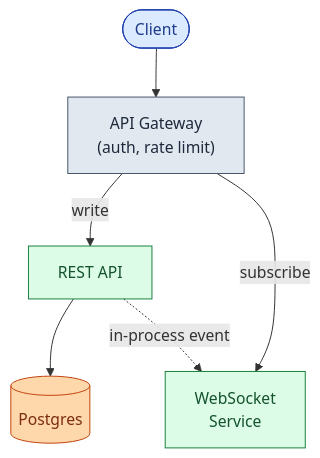
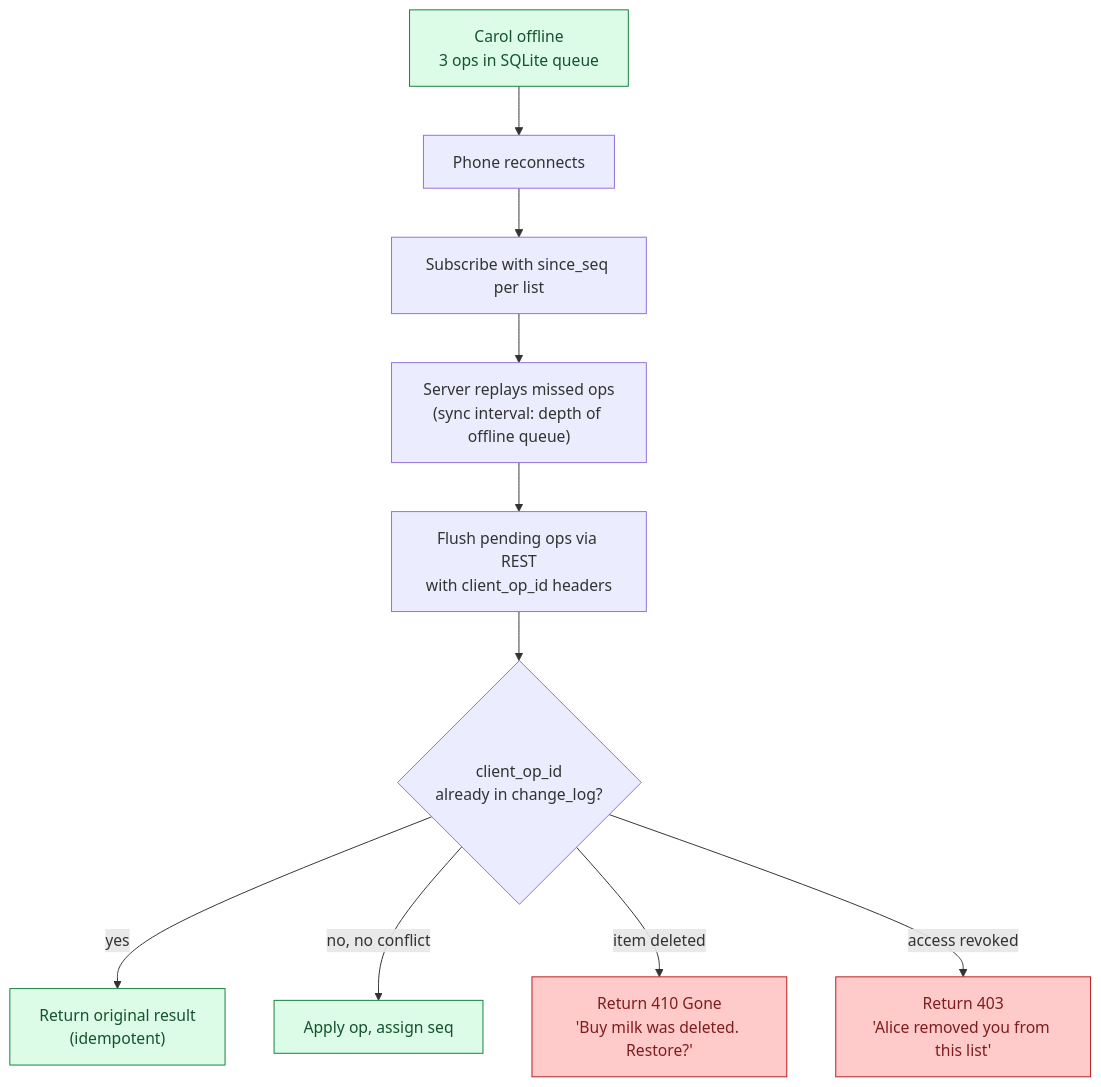
The fifth of 12 diagrams in problems/013-todo-list-sharing/question.md (shiningflash/system-design), drawn with Mermaid before and after one commit. The commit also changed other lines of this file and 37 other files, not shown here.

````diff
--- a/problems/013-todo-list-sharing/question.md
+++ b/problems/013-todo-list-sharing/question.md
@@ -278,13 +237,16 @@
 ```mermaid
-flowchart TB
-    C([Client]):::user --> GW["API Gateway<br/>(auth, rate limit)"]:::edge
-    GW -->|write| API["REST API"]:::app
-    GW -->|subscribe| WS["WebSocket<br/>Service"]:::app
-    API --> DB[("Postgres")]:::db
-    API -.in-process event.-> WS
+flowchart TD
+    Offline["Carol offline<br/>3 ops in SQLite queue"]:::app --> Reconnect[Phone reconnects]
+    Reconnect --> Subscribe["Subscribe with since_seq per list"]
+    Subscribe --> CatchUp["Server replays missed ops<br/>(sync interval: depth of offline queue)"]
+    CatchUp --> Flush["Flush pending ops via REST<br/>with client_op_id headers"]
+    Flush --> Check{client_op_id<br/>already in change_log?}
+    Check -->|yes| Return["Return original result<br/>(idempotent)"]:::ok
+    Check -->|no, no conflict| Apply["Apply op, assign seq"]:::ok
+    Check -->|item deleted| Gone["Return 410 Gone<br/>'Buy milk was deleted. Restore?'"]:::bad
+    Check -->|access revoked| Denied["Return 403<br/>'Alice removed you from this list'"]:::bad
 
-    classDef user  fill:#dbeafe,stroke:#1e40af,color:#1e3a8a
-    classDef edge  fill:#e2e8f0,stroke:#475569,color:#1e293b
-    classDef app   fill:#dcfce7,stroke:#15803d,color:#14532d
-    classDef db    fill:#fed7aa,stroke:#c2410c,color:#7c2d12
+    classDef app  fill:#dcfce7,stroke:#15803d,color:#14532d
+    classDef ok   fill:#dcfce7,stroke:#15803d,color:#14532d
+    classDef bad  fill:#fecaca,stroke:#b91c1c,color:#7f1d1d
 ```
````
